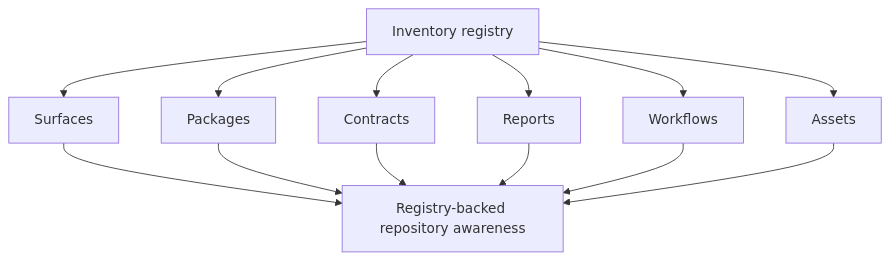
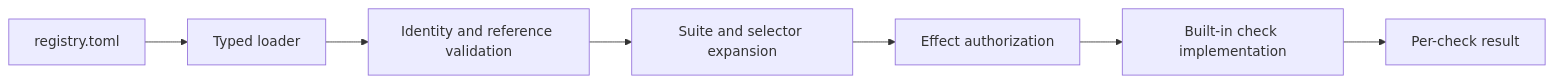
Before and after one commit to bijux/bijux-atlas: the diagram in docs/bijux-atlas-dev/workspace/inventory-registry.md, drawn with Mermaid. The commit also changed other lines of this file and 2 other files, not shown here.

Commit message:
docs(workspace): clarify repository authority and generated evidence

````diff
--- a/docs/bijux-atlas-dev/workspace/inventory-registry.md
+++ b/docs/bijux-atlas-dev/workspace/inventory-registry.md
@@ -17,16 +20,9 @@
 ```mermaid
-flowchart TD
-    Inventory[Inventory registry] --> Surfaces[Surfaces]
-    Inventory --> Packages[Packages]
-    Inventory --> Contracts[Contracts]
-    Inventory --> Reports[Reports]
-    Inventory --> Workflows[Workflows]
-    Inventory --> Assets[Assets]
-
-    Surfaces --> Awareness[Registry-backed repository awareness]
-    Packages --> Awareness
-    Contracts --> Awareness
-    Reports --> Awareness
-    Workflows --> Awareness
-    Assets --> Awareness
+flowchart LR
+    Registry[registry.toml] --> Parse[Typed loader]
+    Parse --> Validate[Identity and reference validation]
+    Validate --> Select[Suite and selector expansion]
+    Select --> Capability[Effect authorization]
+    Capability --> Runner[Built-in check implementation]
+    Runner --> Evidence[Per-check result]
 ```
````
